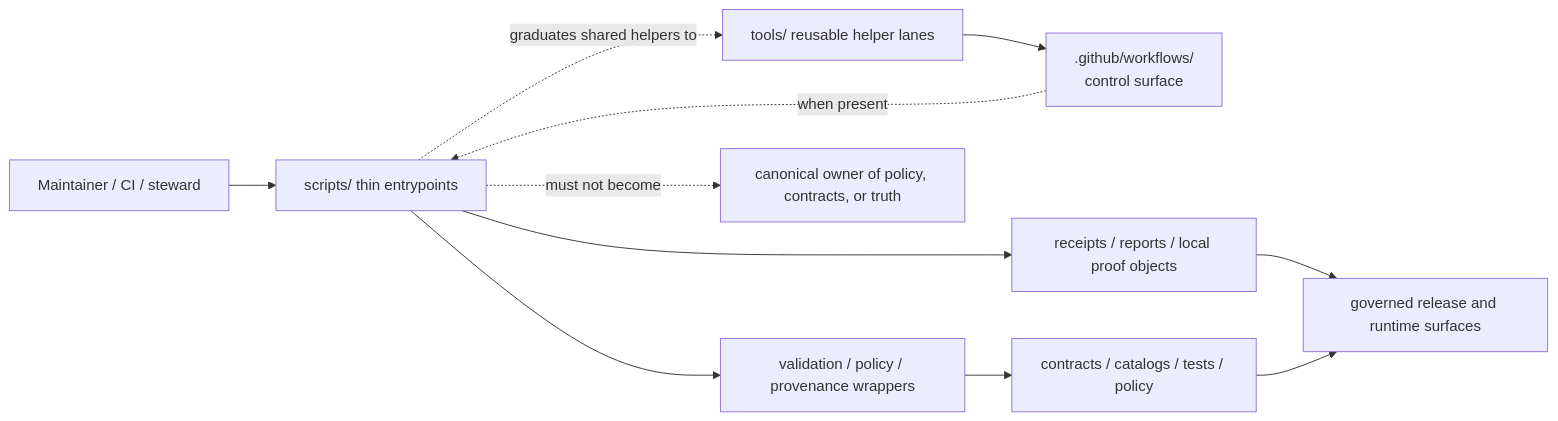
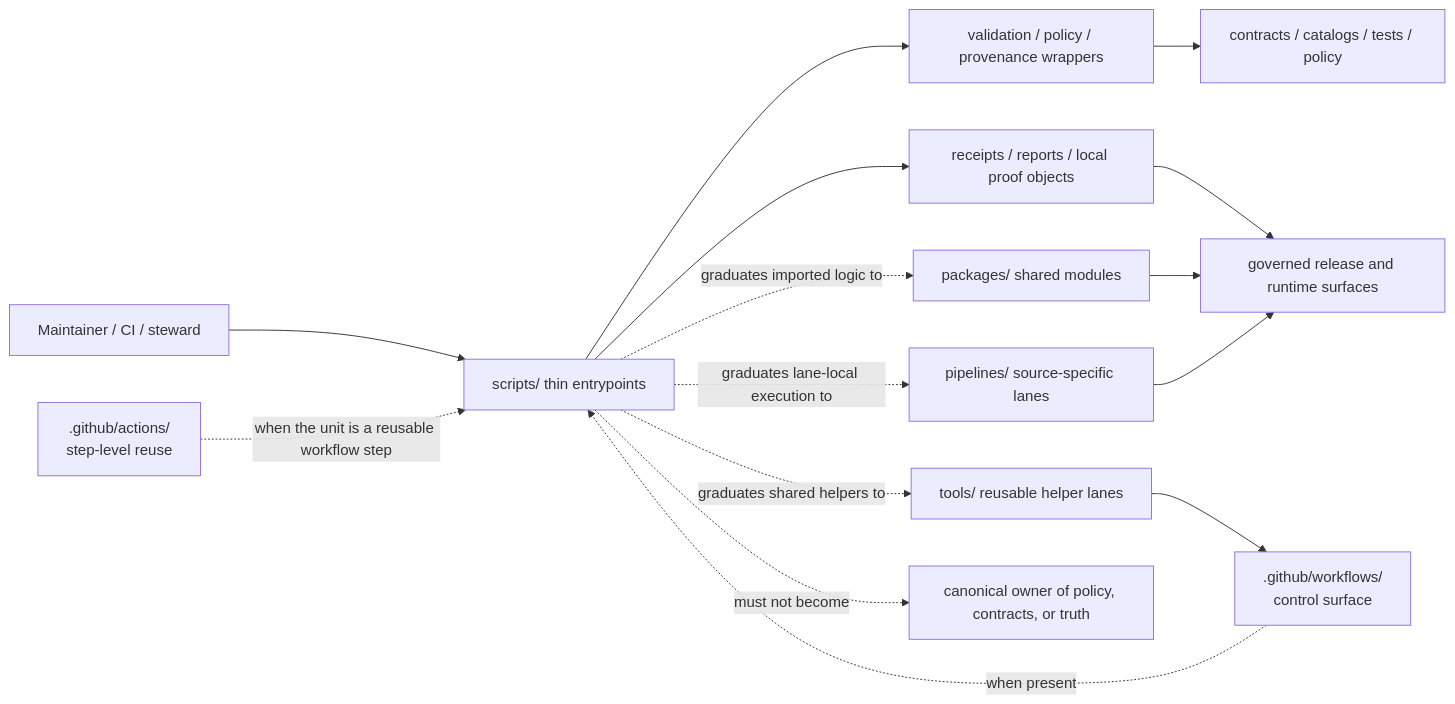
Before and after one commit to bartytime4life/Kansas-Frontier-Matrix: the diagram in scripts/README.md, drawn with Mermaid. The commit also changed other lines of this file, not shown here.

````diff
--- a/scripts/README.md
+++ b/scripts/README.md
@@ -331,17 +401,21 @@
 ```mermaid
 flowchart LR
     A[Maintainer / CI / steward] --> B[scripts/ thin entrypoints]
 
+    J[.github/actions/<br/>step-level reuse] -. when the unit is a reusable workflow step .-> B
     F[.github/workflows/<br/>control surface] -. when present .-> B
     B --> C[validation / policy / provenance wrappers]
     B --> D[receipts / reports / local proof objects]
     B -. graduates shared helpers to .-> E[tools/ reusable helper lanes]
+    B -. graduates imported logic to .-> K[packages/ shared modules]
+    B -. graduates lane-local execution to .-> L[pipelines/ source-specific lanes]
 
     C --> G[contracts / catalogs / tests / policy]
     D --> H[governed release and runtime surfaces]
 
     E --> F
-    G --> H
+    K --> H
+    L --> H
 
     B -. must not become .-> I[canonical owner of policy, contracts, or truth]
 ```
````
